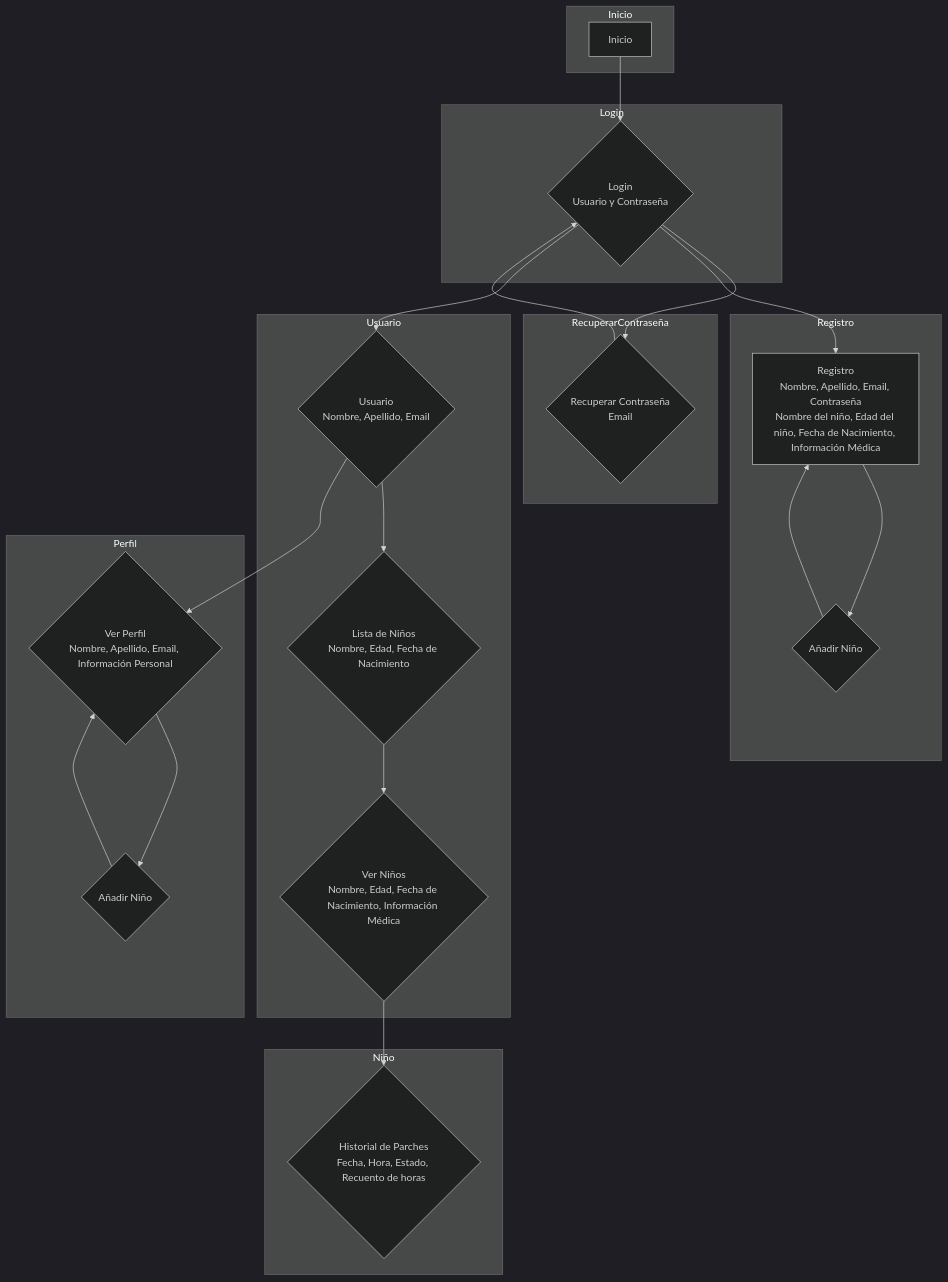
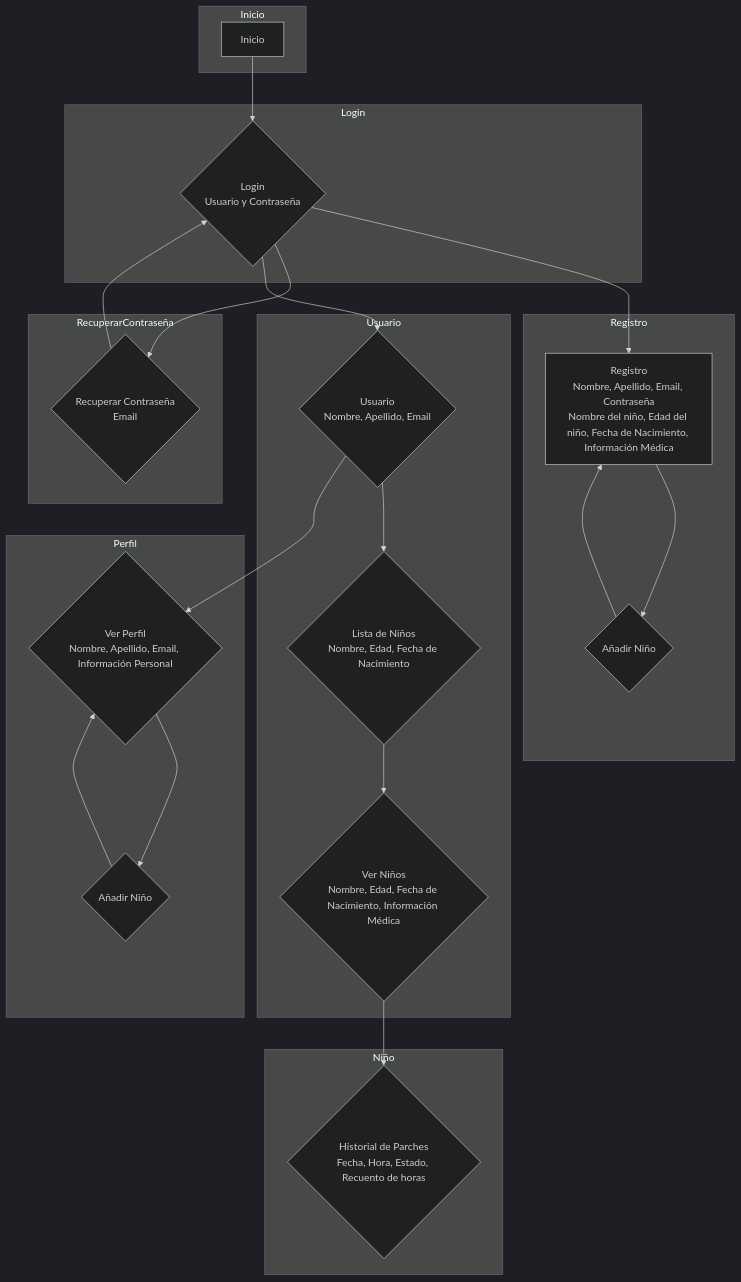
The diagram in Prototype1/DiagramaVista.mermaid (mactiburon/tapatapp), drawn with Mermaid (dark theme) before and after one commit. The commit also changed other lines of this file, not shown here.

Commit message:
DiagramaVista.mermaid

```diff
--- a/Prototype1/DiagramaVista.mermaid
+++ b/Prototype1/DiagramaVista.mermaid
@@ -1,40 +1,40 @@
 flowchart TD;
     subgraph Inicio
         A[Inicio]
     end
     subgraph Login
         B{Login<br>Usuario y Contraseña}
     end
     subgraph RecuperarContraseña
         F{Recuperar Contraseña<br>Email}
     end
     subgraph Registro
         C[Registro<br>Nombre, Apellido, Email, Contraseña<br>Nombre del niño, Edad del niño, Fecha de Nacimiento, Información Médica]
         E{Añadir Niño}
     end
     subgraph Usuario
         G{Usuario<br>Nombre, Apellido, Email}
         H{Lista de Niños<br>Nombre, Edad, Fecha de Nacimiento}
         I{Ver Niños<br>Nombre, Edad, Fecha de Nacimiento, Información Médica}
     end
     subgraph Perfil
         J{Ver Perfil<br>Nombre, Apellido, Email, Información Personal}
         L{Añadir Niño}
     end
     subgraph Niño
         K{Historial de Parches<br>Fecha, Hora, Estado, Recuento de horas}
     end
 
     A --> B
+    B --> C
+    C --> E
     B --> F
     F --> B
-    B --> C
-    C --> E
     E --> C
     B --> G
     G --> H
     G --> J
     H --> I
     I --> K
     J --> L
     L --> J
```
